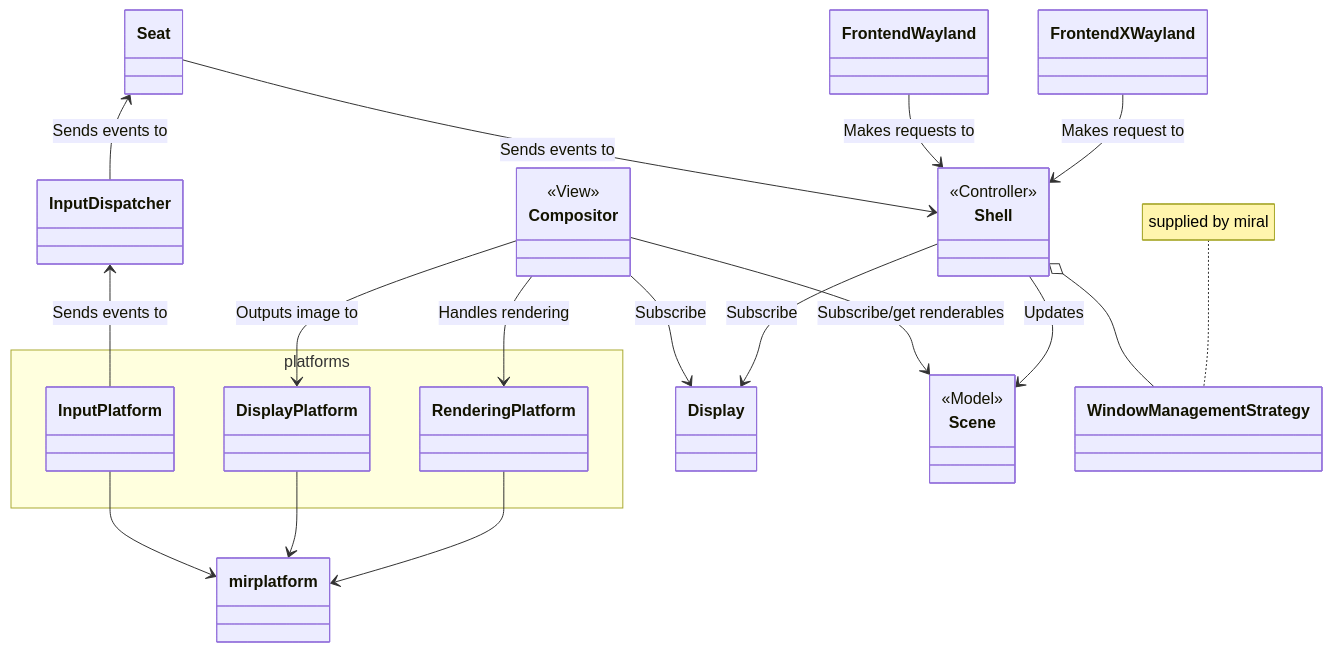
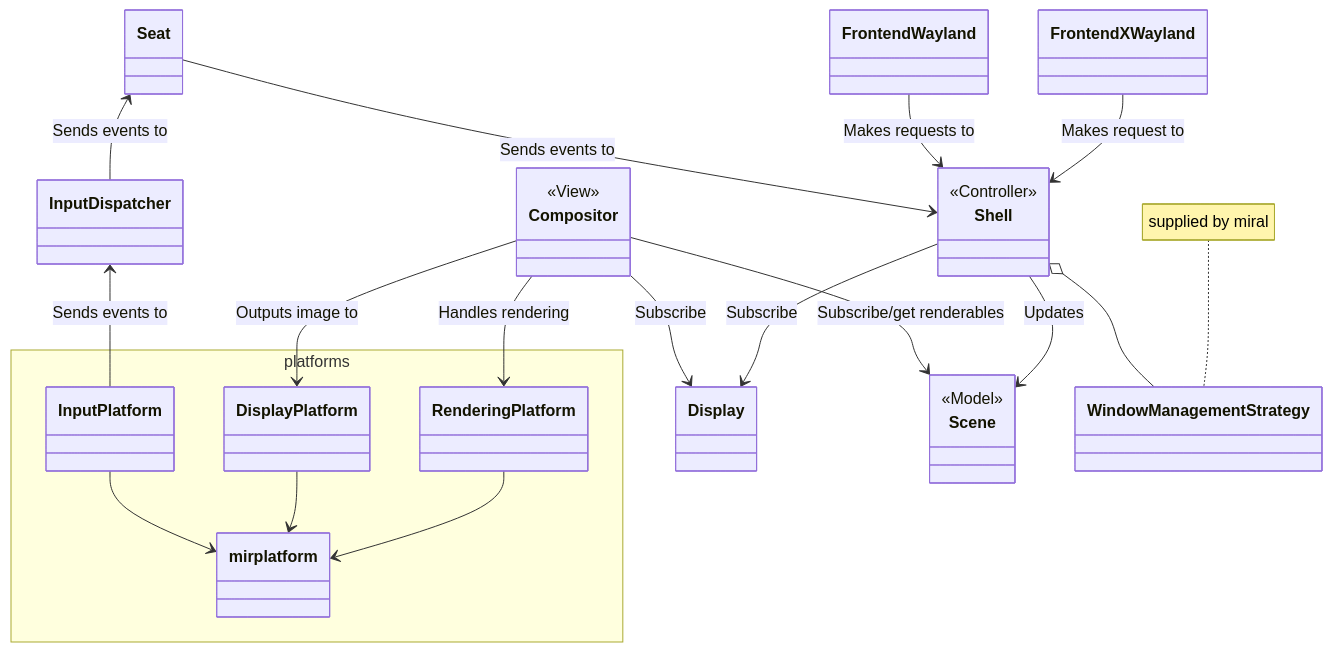
One commit to canonical/mir changed the diagram in doc/sphinx/explanation/mirserver.mmd. Above: the diagram before and after it, drawn with Mermaid. The commit also changed 2 other files, not shown here.

Commit message:
Tidy up architecture

```diff
--- a/doc/sphinx/explanation/mirserver.mmd
+++ b/doc/sphinx/explanation/mirserver.mmd
@@ -1,32 +1,33 @@
 
 classDiagram
     namespace platforms {
         class DisplayPlatform
         class RenderingPlatform
         class InputPlatform
+        class mirplatform
     }
 
     RenderingPlatform --> mirplatform
     DisplayPlatform --> mirplatform
     InputPlatform --> mirplatform
 
     Seat <-- InputDispatcher: Sends events to
     FrontendXWayland --> Shell: Makes request to
     FrontendWayland --> Shell: Makes requests to
     Seat --> Shell: Sends events to
 
     Shell --> Display: Subscribe
     Compositor --> Display: Subscribe
     Shell --> Scene: Updates
     Compositor --> Scene: Subscribe/get renderables
 
     InputDispatcher <-- InputPlatform: Sends events to
     Compositor --> RenderingPlatform: Handles rendering
     Compositor --> DisplayPlatform: Outputs image to
 
     <<Controller>> Shell
     <<Model>> Scene
     <<View>> Compositor
 
     Shell o-- WindowManagementStrategy
     note for WindowManagementStrategy "supplied by miral"
```
